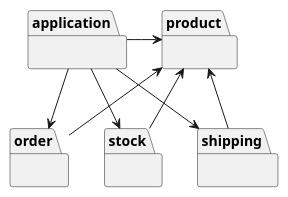
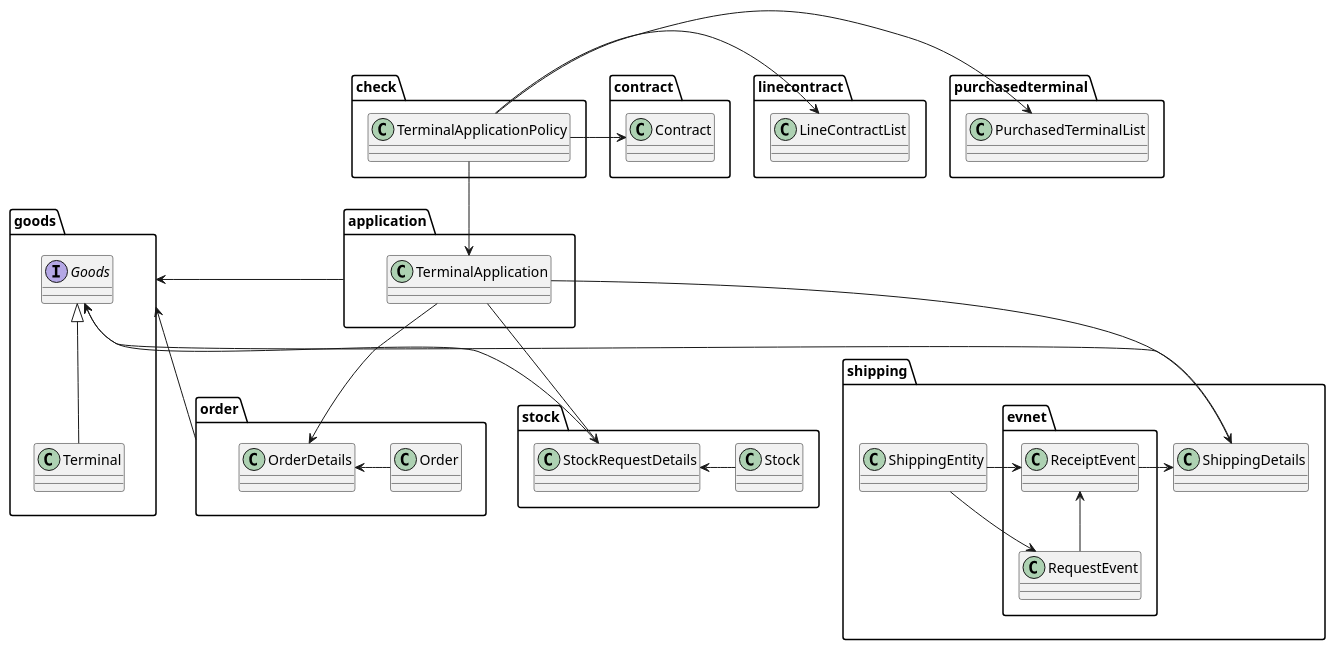
Before and after one commit to muractice/pra-model-terminal: the diagram in document/terminal_application.puml, drawn with PlantUML. The commit also changed 37 other files, not shown here.

```diff
--- a/document/terminal_application.puml
+++ b/document/terminal_application.puml
@@ -1,17 +1,61 @@
 @startuml
-package application{}
-package order{}
-package stock{}
-package shipping{}
-package product{}
 
-application -> order
-application -> stock
-application -> shipping
-application -> product
+package application{
+class TerminalApplication
+}
+package order{
+class Order
+class OrderDetails
 
-order -u-> product
-shipping -u-> product
-stock -u-> product
+TerminalApplication -> OrderDetails
+Order -l-> OrderDetails
+}
+package stock{
+class Stock
+class StockRequestDetails
+
+TerminalApplication -> StockRequestDetails
+Stock -l-> StockRequestDetails
+}
+
+package shipping{
+    package evnet{
+        class ReceiptEvent
+        class RequestEvent
+    }
+
+RequestEvent -u-> ReceiptEvent
+ReceiptEvent -l-> ShippingDetails
+ShippingEntity -> ReceiptEvent
+ShippingEntity -> RequestEvent
+TerminalApplication -> ShippingDetails
+
+}
+package goods{
+interface Goods
+class Terminal
+Goods <|-- Terminal
+
+StockRequestDetails -u-> Goods
+}
+package contract{}
+package linecontract{
+class LineContractList
+}
+package purchasedterminal{
+class PurchasedTerminalList
+}
+package check{
+class TerminalApplicationPolicy
+TerminalApplicationPolicy -d-> TerminalApplication
+}
+
+application -> goods
+TerminalApplicationPolicy -r-> contract.Contract
+TerminalApplicationPolicy -r-> LineContractList
+TerminalApplicationPolicy -r-> PurchasedTerminalList
+
+order -u-> goods
+ShippingDetails -u-> Goods
 
 @enduml
```
